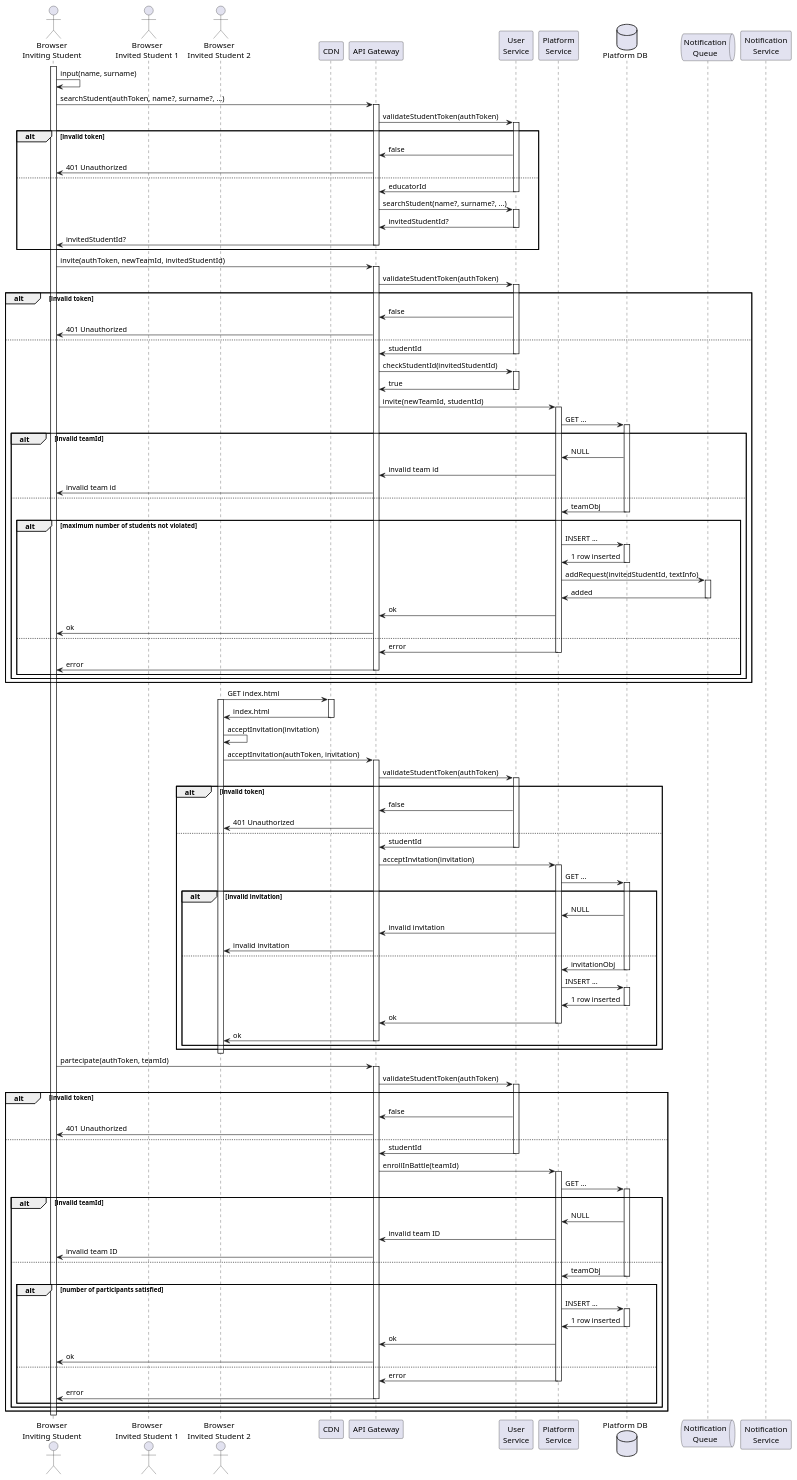
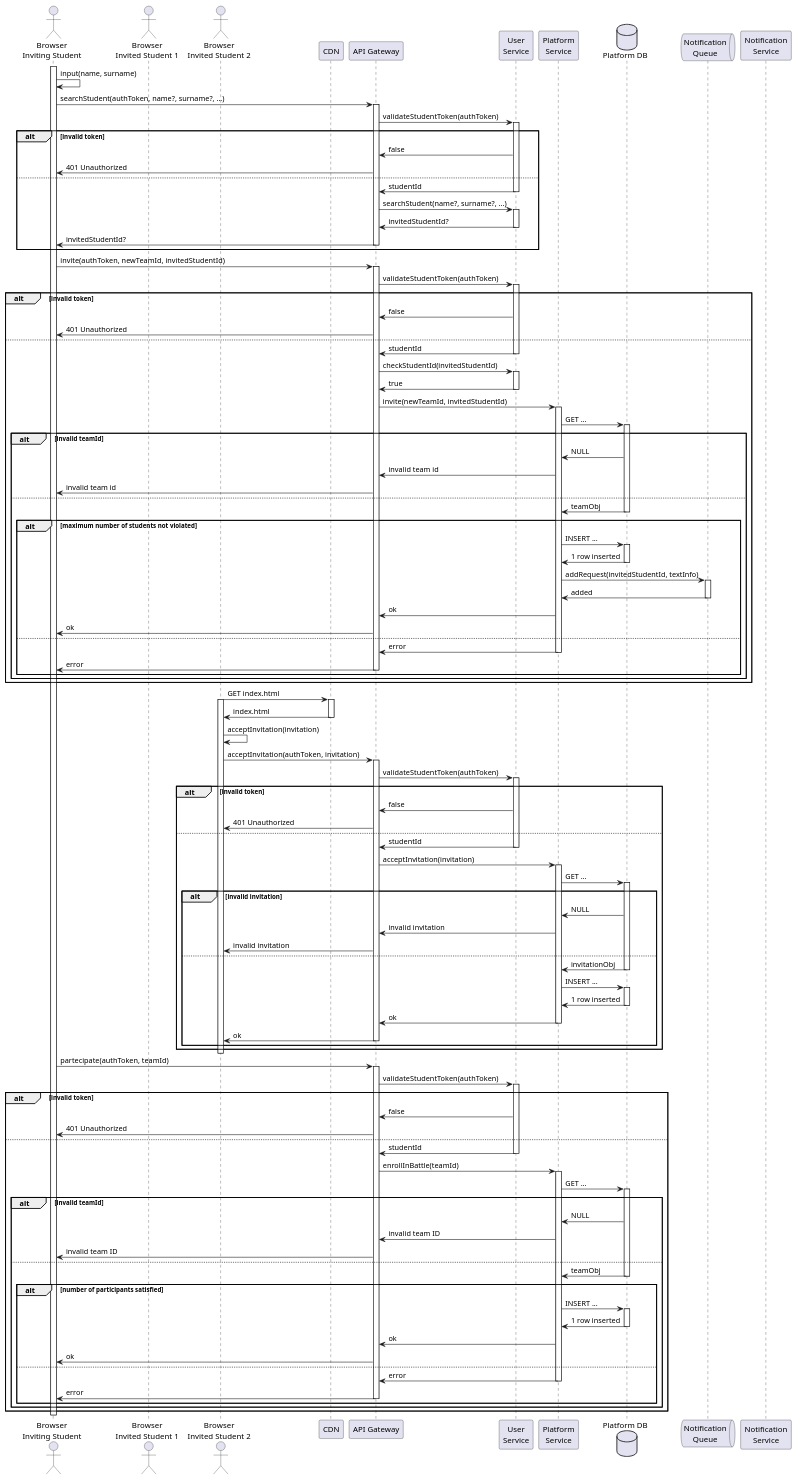
Before and after one commit to Furrrlo/CodeKataBattle: the diagram in dd/puml/rw5-part2.puml, drawn with PlantUML. The commit also changed 1 other file, not shown here.

```diff
--- a/dd/puml/rw5-part2.puml
+++ b/dd/puml/rw5-part2.puml
@@ -1,127 +1,127 @@
 @startuml RW4 - Students create a team for a tournament battle
 
 actor "Browser\nInviting Student" as Browser
 actor "Browser\nInvited Student 1" as Browser1
 actor "Browser\nInvited Student 2" as Browser2
 participant CDN
 participant "API Gateway" as gateway
 participant "User\nService" as auth
 
 participant "Platform\nService" as platform
 database "Platform DB" as platformDb
 
 queue  "Notification\nQueue" as notificationQueue
 participant "Notification\nService" as notification
 
 'INVITE STUDENT 2
 activate Browser
 Browser -> Browser : input(name, surname)
 
 Browser -> gateway ++ : searchStudent(authToken, name?, surname?, ...)
 gateway -> auth ++ : validateStudentToken(authToken)
 alt invalid token
     gateway <- auth : false
     Browser <- gateway : 401 Unauthorized
 else
-    gateway <- auth -- : educatorId
+    gateway <- auth -- : studentId
     gateway -> auth ++ : searchStudent(name?, surname?, ...)
     gateway <- auth -- : invitedStudentId?
     Browser <- gateway -- : invitedStudentId?
 end
 
 Browser -> gateway ++ : invite(authToken, newTeamId, invitedStudentId)
 gateway -> auth ++ : validateStudentToken(authToken)
 alt invalid token
     gateway <- auth : false
     Browser <- gateway : 401 Unauthorized
 else
     gateway <- auth -- : studentId
     gateway -> auth ++ : checkStudentId(invitedStudentId)
     gateway <- auth -- : true
-    gateway -> platform ++ : invite(newTeamId, studentId)
+    gateway -> platform ++ : invite(newTeamId, invitedStudentId)
     platform -> platformDb ++ : GET ...
 
     alt invalid teamId
         platform <- platformDb : NULL
         gateway <- platform : invalid team id
         Browser <- gateway : invalid team id
     else
         platform <- platformDb -- : teamObj
 
         alt maximum number of students not violated
             platform -> platformDb ++ : INSERT ...
             platform <- platformDb -- : 1 row inserted
             platform -> notificationQueue ++ : addRequest(invitedStudentId, textInfo)
             platform <- notificationQueue -- : added
             gateway <- platform : ok
             Browser <- gateway : ok
         else
             gateway <- platform -- : error
             Browser <- gateway -- : error
 
         end
     end
 end
 
 'STUDENT 2 ACCEPTS INVITATION
 Browser2 -> CDN ++ : GET index.html
 activate Browser2
 Browser2 <- CDN -- : index.html
 Browser2 -> Browser2 : acceptInvitation(invitation)
 Browser2 -> gateway ++ : acceptInvitation(authToken, invitation)
 gateway -> auth ++ : validateStudentToken(authToken)
 alt invalid token
     gateway <- auth : false
     Browser2 <- gateway : 401 Unauthorized
 else
     gateway <- auth -- : studentId
     gateway -> platform ++ : acceptInvitation(invitation)
     platform -> platformDb ++ : GET ...
 
     alt invalid invitation
         platform <- platformDb : NULL
         gateway <- platform : invalid invitation
         Browser2 <- gateway : invalid invitation
     else
         platform <- platformDb -- : invitationObj
         platform -> platformDb ++ : INSERT ...
         platform <- platformDb -- : 1 row inserted
         gateway <- platform -- : ok
         Browser2 <- gateway -- : ok
     end
 end
 deactivate Browser2
 
 'PARTECIPATE
 Browser -> gateway ++ : partecipate(authToken, teamId)
 gateway -> auth ++ : validateStudentToken(authToken)
 alt invalid token
     gateway <- auth : false
     Browser <- gateway : 401 Unauthorized
 else
     gateway <- auth -- : studentId
     gateway -> platform ++ : enrollInBattle(teamId)
     platform -> platformDb ++ : GET ...
 
     alt invalid teamId
         platform <- platformDb : NULL
         gateway <- platform : invalid team ID
         Browser <- gateway : invalid team ID
     else
         platform <- platformDb -- : teamObj
 
         alt number of participants satisfied
             platform -> platformDb ++ : INSERT ...
             platform <- platformDb -- : 1 row inserted
             gateway <- platform : ok
             Browser <- gateway : ok
         else
             gateway <- platform -- : error
             Browser <- gateway -- : error
         end
     end
 end
 
 deactivate Browser
 
 @enduml
```
